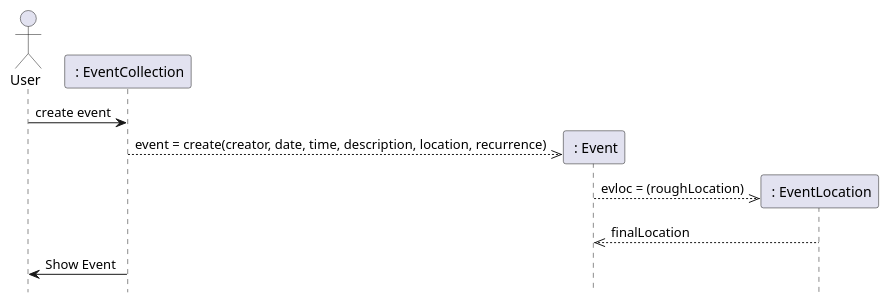
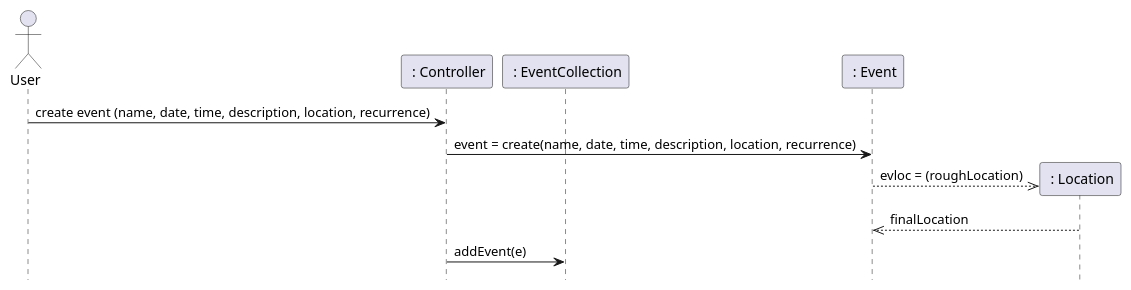
One commit to seamusgould/WhatsUpApp changed the second of 3 diagrams in doc/design.md. Above: the diagram before and after it, drawn with PlantUML. The commit also changed other lines of this file and 1 other file, not shown here.

Commit message:
modified diagrams, added Location class

````diff
--- a/doc/design.md
+++ b/doc/design.md
@@ -60,20 +55,20 @@
 ```plantuml
 
 @startuml
 hide footbox
 actor User as user
+participant " : Controller" as cont
 participant " : EventCollection" as coll
 participant " : Event" as event
-participant " : EventLocation" as evloc
+participant " : Location" as evloc
 
-user -> coll: create event
-
-coll -->> event **: event = create(creator, date, time, description, location, recurrence)
+user -> cont: create event (name, date, time, description, location, recurrence)
+cont -> event: event = create(name, date, time, description, location, recurrence)
 event -->> evloc **: evloc = (roughLocation)
 
 evloc -->> event: finalLocation
 
-coll -> user: Show Event
+cont -> coll: addEvent(e)
 
 @enduml
 ```
````
